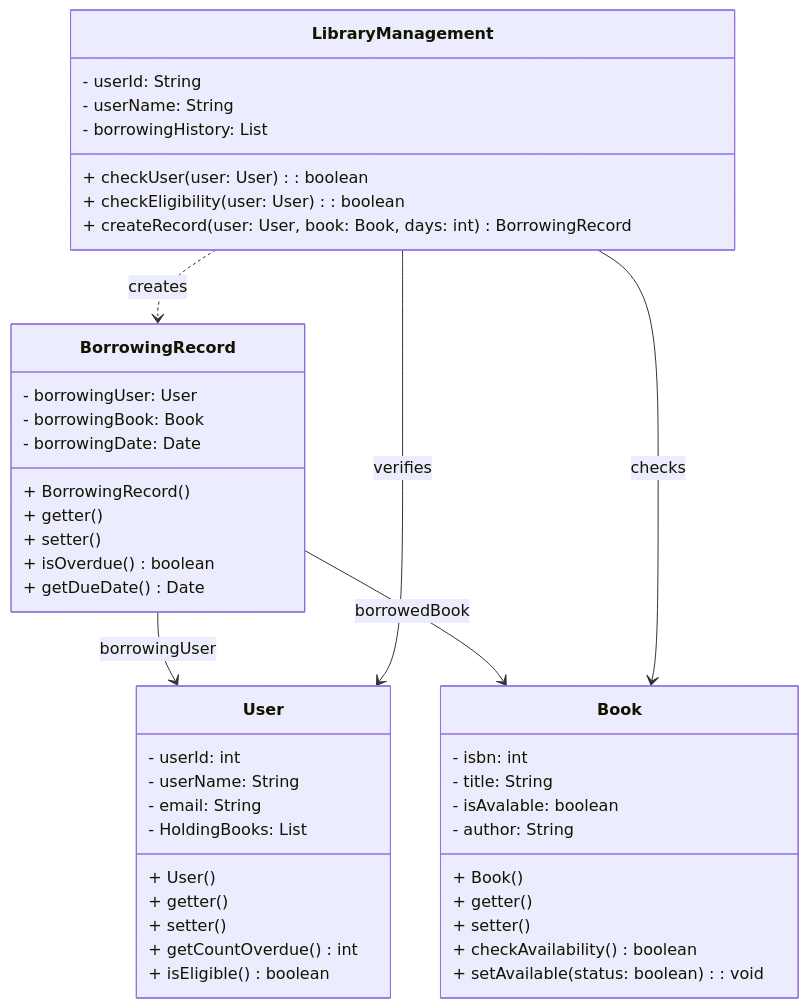
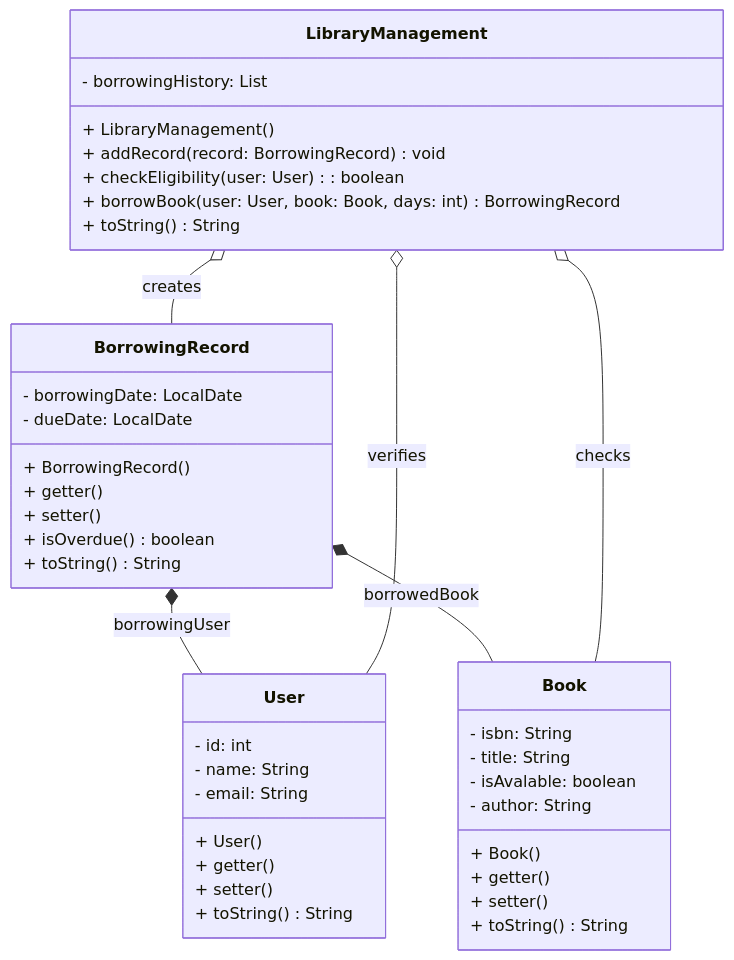
Before and after one commit to ngsang149dev/CIT-EIU: the diagram in CSE203/Lab1/Problem5/Library.mmd, drawn with Mermaid. The commit also changed 5 other files, not shown here.

```diff
--- a/CSE203/Lab1/Problem5/Library.mmd
+++ b/CSE203/Lab1/Problem5/Library.mmd
@@ -1,50 +1,46 @@
 classDiagram 
     class User {
-        - userId: int 
-        - userName: String
+        - id: int 
+        - name: String
         - email: String
-        - HoldingBooks: List<Book>
         + User()
         + getter()
-        + setter()
-        + getCountOverdue() int
-        + isEligible() boolean 
+        + setter() 
+        + toString() String
     }
 
     class Book {
-        - isbn: int 
+        - isbn: String
         - title: String
         - isAvalable: boolean
         - author: String
         + Book()
         + getter()
         + setter()
-        + checkAvailability() boolean
-        + setAvailable(status: boolean): void
+        + toString() String
     }
 
     class BorrowingRecord {
-        - borrowingUser: User
-        - borrowingBook: Book 
-        - borrowingDate: Date
+        - borrowingDate: LocalDate
+        - dueDate: LocalDate
         + BorrowingRecord()
         + getter()
         + setter()
         + isOverdue() boolean
-        + getDueDate() Date
+        + toString() String
     }
 
     class LibraryManagement {
-        - userId: String
-        - userName: String
-        - borrowingHistory: List
-        + checkUser(user: User): boolean
+        - borrowingHistory: List <BorrowingRecord>
+        + LibraryManagement()
+        + addRecord(record: BorrowingRecord) void
         + checkEligibility(user: User): boolean
-        + createRecord(user: User, book: Book, days: int) BorrowingRecord
+        + borrowBook(user: User, book: Book, days: int) BorrowingRecord
+        + toString() String
     }
 
-    BorrowingRecord --> User: borrowingUser
-    BorrowingRecord --> Book: borrowedBook
-    LibraryManagement ..> BorrowingRecord: creates
-    LibraryManagement --> User : verifies
-    LibraryManagement --> Book : checks
+    BorrowingRecord *-- User: borrowingUser
+    BorrowingRecord *-- Book: borrowedBook
+    LibraryManagement o-- BorrowingRecord: creates
+    LibraryManagement o-- User : verifies
+    LibraryManagement o-- Book : checks
```
